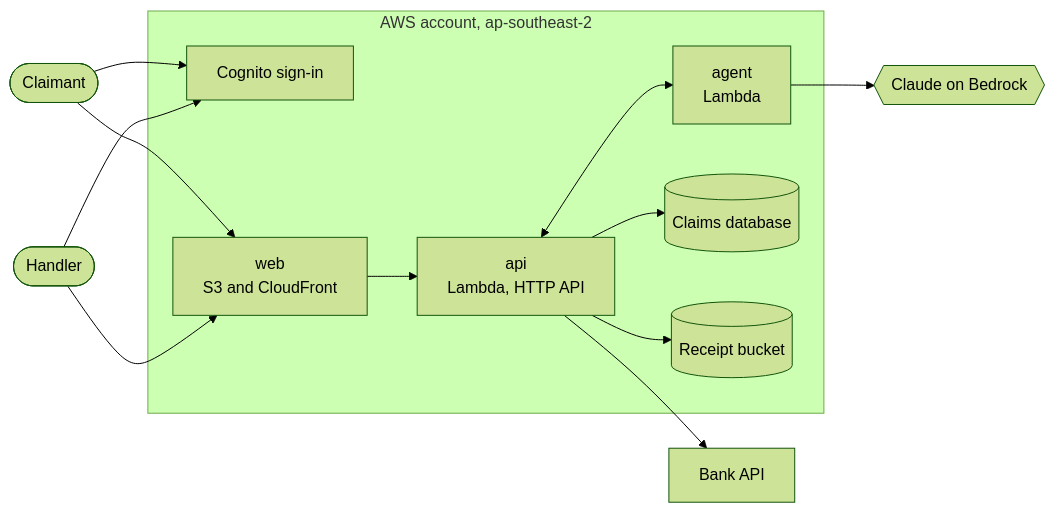
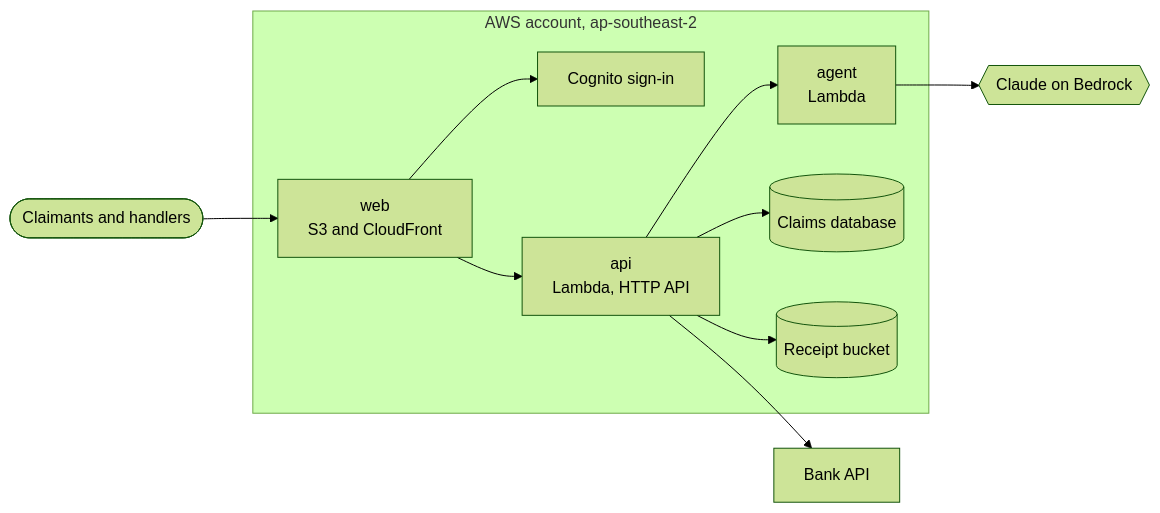
One commit to euginevd/sdlc-template changed the diagram in README.md. Above: the diagram before and after it, drawn with Mermaid (forest theme).

Commit message:
README: fewer arrows in the architecture diagram

````diff
--- a/README.md
+++ b/README.md
@@ -31,26 +31,25 @@
 ```mermaid
 flowchart LR
-  claimant([Claimant])
-  handler([Handler])
+  users([Claimants and handlers])
 
   subgraph aws ["AWS account, ap-southeast-2"]
     cognito[Cognito sign-in]
     web["web<br/>S3 and CloudFront"]
     api["api<br/>Lambda, HTTP API"]
     agent["agent<br/>Lambda"]
     db[(Claims database)]
     bucket[(Receipt bucket)]
   end
 
   claude{{Claude on Bedrock}}
   bank[Bank API]
 
-  claimant & handler --> cognito
-  claimant & handler --> web
+  users --> web
+  web --> cognito
   web --> api
-  api <--> agent
+  api --> agent
   agent --> claude
   api --> db
   api --> bucket
   api --> bank
 ```
````
